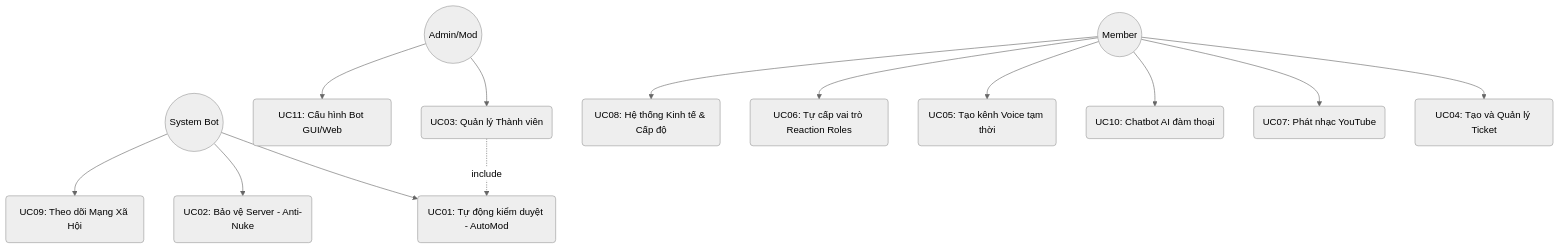
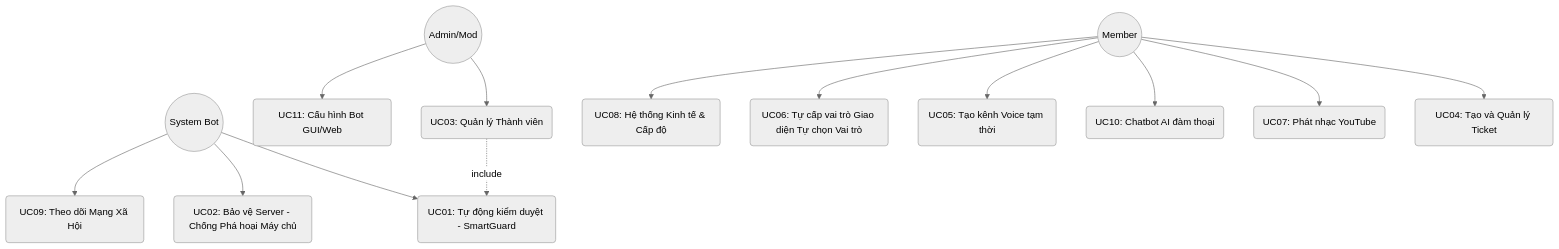
The first of 15 diagrams in docs/SDD.md (POWER4392/Bot-DIscord), drawn with Mermaid before and after one commit. The commit also changed other lines of this file and 16 other files, not shown here.

Commit message:
docs: update feature naming, ticket embed text and system architecture diagram

````diff
--- a/docs/SDD.md
+++ b/docs/SDD.md
@@ -857,73 +857,73 @@
 ```mermaid
 
 
 
 %%{init: {'theme': 'neutral'}}%%
 
 
 
 graph TD
 
 
 
     user((Member))
 
 
 
     admin((Admin/Mod))
 
 
 
     bot((System Bot))
 
 
 
     user --> UC04(UC04: Tạo và Quản lý Ticket)
 
 
 
     user --> UC07(UC07: Phát nhạc YouTube)
 
 
 
     user --> UC10(UC10: Chatbot AI đàm thoại)
 
 
 
     user --> UC05(UC05: Tạo kênh Voice tạm thời)
 
 
 
-    user --> UC06(UC06: Tự cấp vai trò Reaction Roles)
+    user --> UC06(UC06: Tự cấp vai trò Giao diện Tự chọn Vai trò)
 
 
 
     user --> UC08(UC08: Hệ thống Kinh tế & Cấp độ)
 
 
 
     admin --> UC03(UC03: Quản lý Thành viên)
 
 
 
     admin --> UC11(UC11: Cấu hình Bot GUI/Web)
 
 
 
-    bot --> UC01(UC01: Tự động kiểm duyệt - AutoMod)
+    bot --> UC01(UC01: Tự động kiểm duyệt - SmartGuard)
 
 
 
-    bot --> UC02(UC02: Bảo vệ Server - Anti-Nuke)
+    bot --> UC02(UC02: Bảo vệ Server - Chống Phá hoại Máy chủ)
 
 
 
     bot --> UC09(UC09: Theo dõi Mạng Xã Hội)
 
 
 
     UC03 -.->|include| UC01
 
 
 
 ```
````
